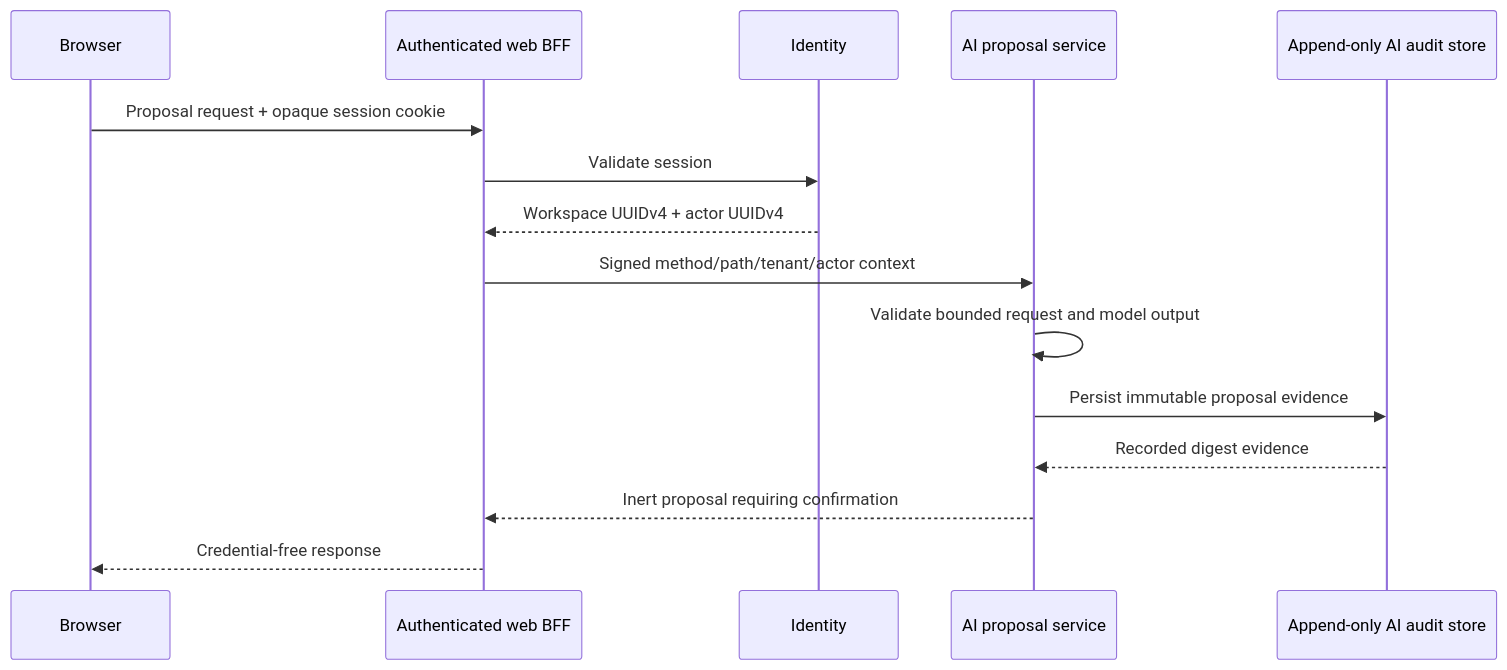
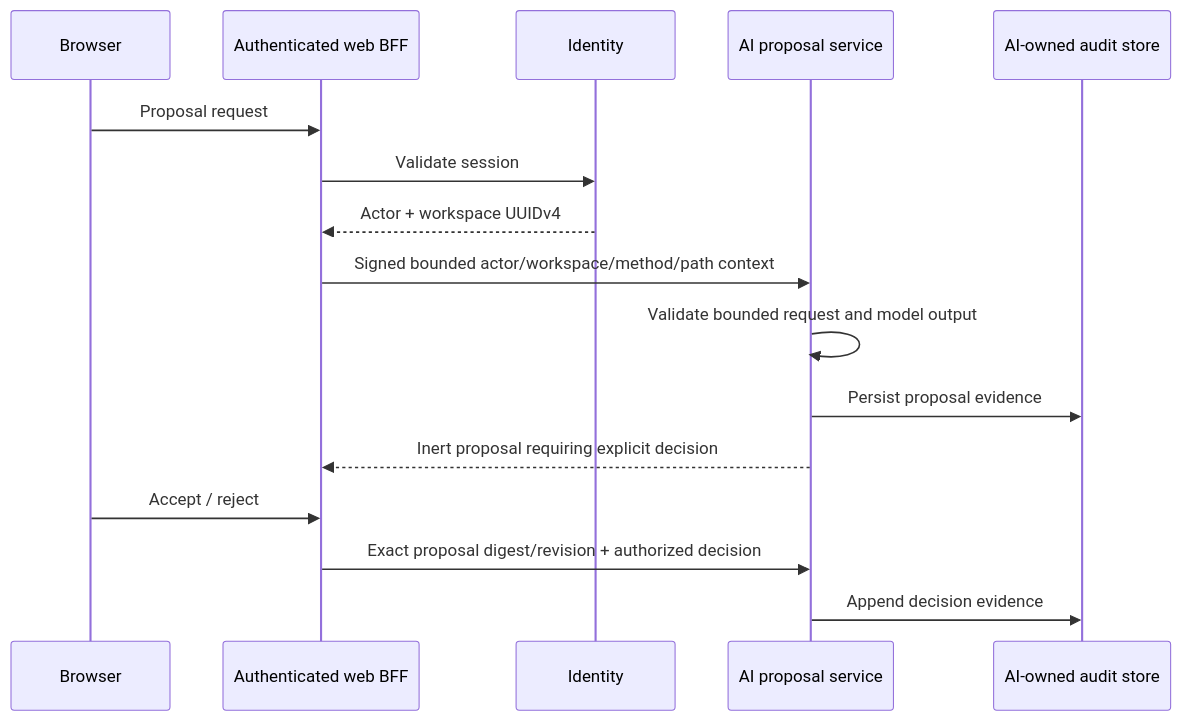
The fourth of 4 diagrams in ARCHITECTURE.md (ContextualWisdomLab/life-os), drawn with Mermaid before and after one commit. The commit also changed other lines of this file, not shown here.

Commit message:
docs: reconcile root architecture with current product authority

````diff
--- a/ARCHITECTURE.md
+++ b/ARCHITECTURE.md
@@ -48,18 +110,19 @@
 ```mermaid
 sequenceDiagram
     participant Browser
     participant Web as Authenticated web BFF
     participant Identity
     participant AI as AI proposal service
-    participant Audit as Append-only AI audit store
+    participant Audit as AI-owned audit store
 
-    Browser->>Web: Proposal request + opaque session cookie
+    Browser->>Web: Proposal request
     Web->>Identity: Validate session
-    Identity-->>Web: Workspace UUIDv4 + actor UUIDv4
-    Web->>AI: Signed method/path/tenant/actor context
+    Identity-->>Web: Actor + workspace UUIDv4
+    Web->>AI: Signed bounded actor/workspace/method/path context
     AI->>AI: Validate bounded request and model output
-    AI->>Audit: Persist immutable proposal evidence
-    Audit-->>AI: Recorded digest evidence
-    AI-->>Web: Inert proposal requiring confirmation
-    Web-->>Browser: Credential-free response
+    AI->>Audit: Persist proposal evidence
+    AI-->>Web: Inert proposal requiring explicit decision
+    Browser->>Web: Accept / reject
+    Web->>AI: Exact proposal digest/revision + authorized decision
+    AI->>Audit: Append decision evidence
 ```
````
